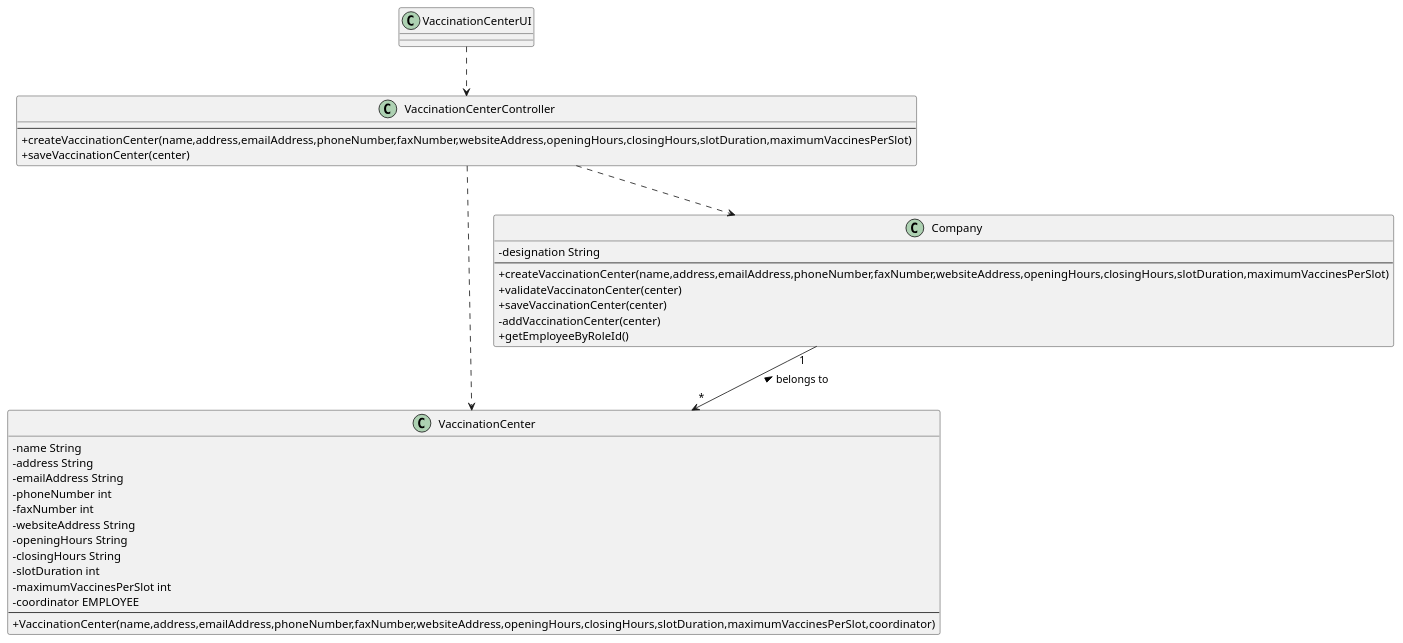
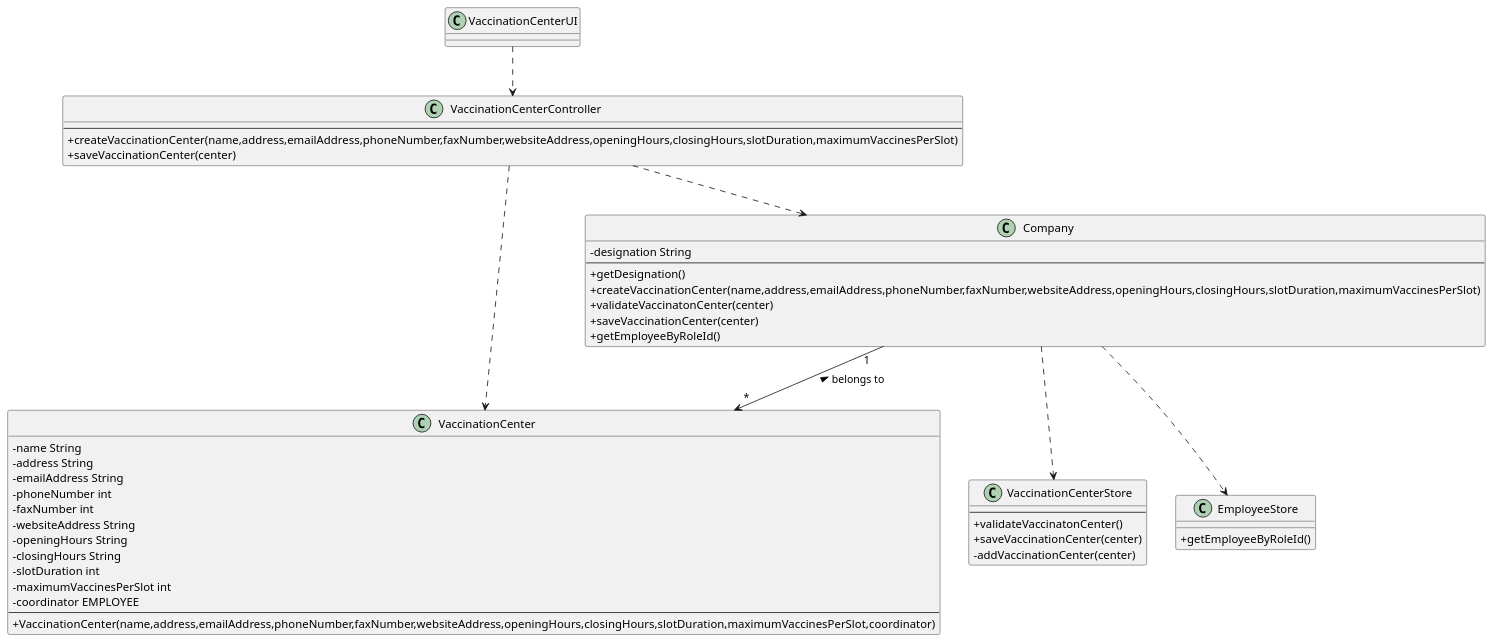
The diagram in docs/SprintB/US09/CD/US09_CD.puml (miseEnPlace-i/lapr2), drawn with PlantUML before and after one commit. The commit also changed 1 other file, not shown here.

Commit message:
docs(US09): added VaccinationStore and EmployeeStore to CD, added new CD.svg

```diff
--- a/docs/SprintB/US09/CD/US09_CD.puml
+++ b/docs/SprintB/US09/CD/US09_CD.puml
@@ -1,44 +1,57 @@
 @startuml US09_CD
 skinparam classAttributeIconSize 0
 
 class VaccinationCenter {
   - name String
   - address String
   - emailAddress String
   - phoneNumber int
   - faxNumber int
   - websiteAddress String
   - openingHours String
   - closingHours String
   - slotDuration int
   - maximumVaccinesPerSlot int
   - coordinator EMPLOYEE
   ---
  +VaccinationCenter(name,address,emailAddress,phoneNumber,faxNumber,websiteAddress,openingHours,closingHours,slotDuration,maximumVaccinesPerSlot,coordinator)
 }
 
 
 class Company {
   -designation String
   ---
+  +getDesignation()
   +createVaccinationCenter(name,address,emailAddress,phoneNumber,faxNumber,websiteAddress,openingHours,closingHours,slotDuration,maximumVaccinesPerSlot)
   +validateVaccinatonCenter(center)
   +saveVaccinationCenter(center)
-  -addVaccinationCenter(center)
   +getEmployeeByRoleId()
+}
+
+class VaccinationCenterStore {
+---
++validateVaccinatonCenter()
++saveVaccinationCenter(center)
+-addVaccinationCenter(center)
+}
+
+class EmployeeStore {
++getEmployeeByRoleId()
 }
 
 class VaccinationCenterController {
   ---
   +createVaccinationCenter(name,address,emailAddress,phoneNumber,faxNumber,websiteAddress,openingHours,closingHours,slotDuration,maximumVaccinesPerSlot)
   +saveVaccinationCenter(center)
 }
 
 class VaccinationCenterUI {}
 
 VaccinationCenterUI ..> VaccinationCenterController
 VaccinationCenterController ..> Company
 Company "1" --> "*" VaccinationCenter : belongs to <
 VaccinationCenterController ..> VaccinationCenter
+Company ..> VaccinationCenterStore
+Company ..> EmployeeStore
 
 @enduml
```
